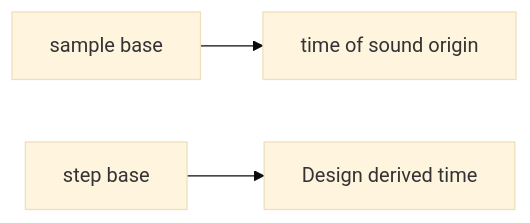
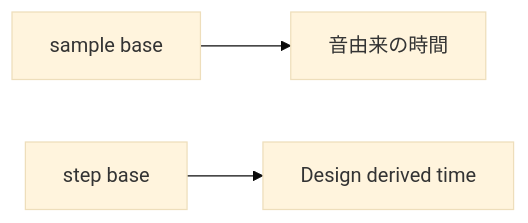
Before and after one commit to monumental-movement/monumental-movement.github.io: the third of 3 diagrams in en/_posts/2026-02-06-column-rhythm-programming.md, drawn with Mermaid (base theme). The commit also changed other lines of this file and 380 other files, not shown here.

```diff
--- a/en/_posts/2026-02-06-column-rhythm-programming.md
+++ b/en/_posts/2026-02-06-column-rhythm-programming.md
@@ -279,5 +279,5 @@
 <div class="mermaid">
 flowchart LR
-A[sample base] --> C[time of sound origin]
+A[sample base] --> C[音由来の時間]
 B[step base] --> D[Design derived time]
 </div>
```
